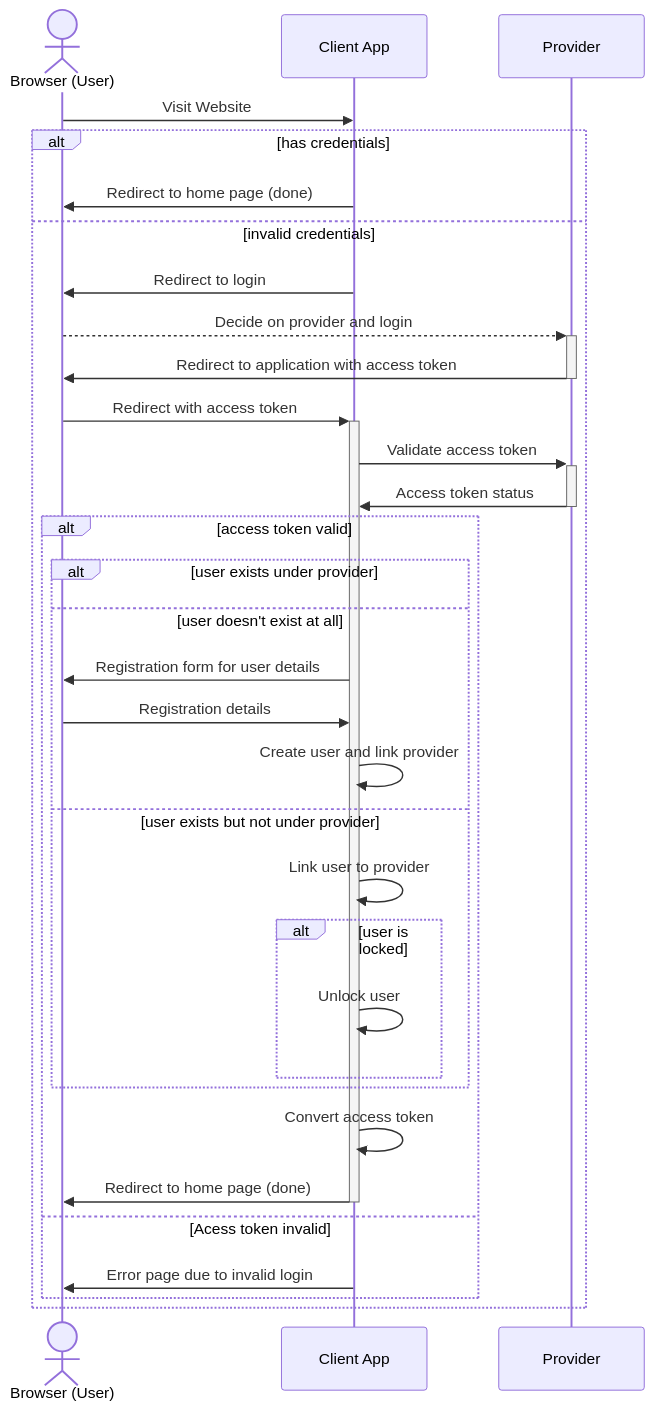
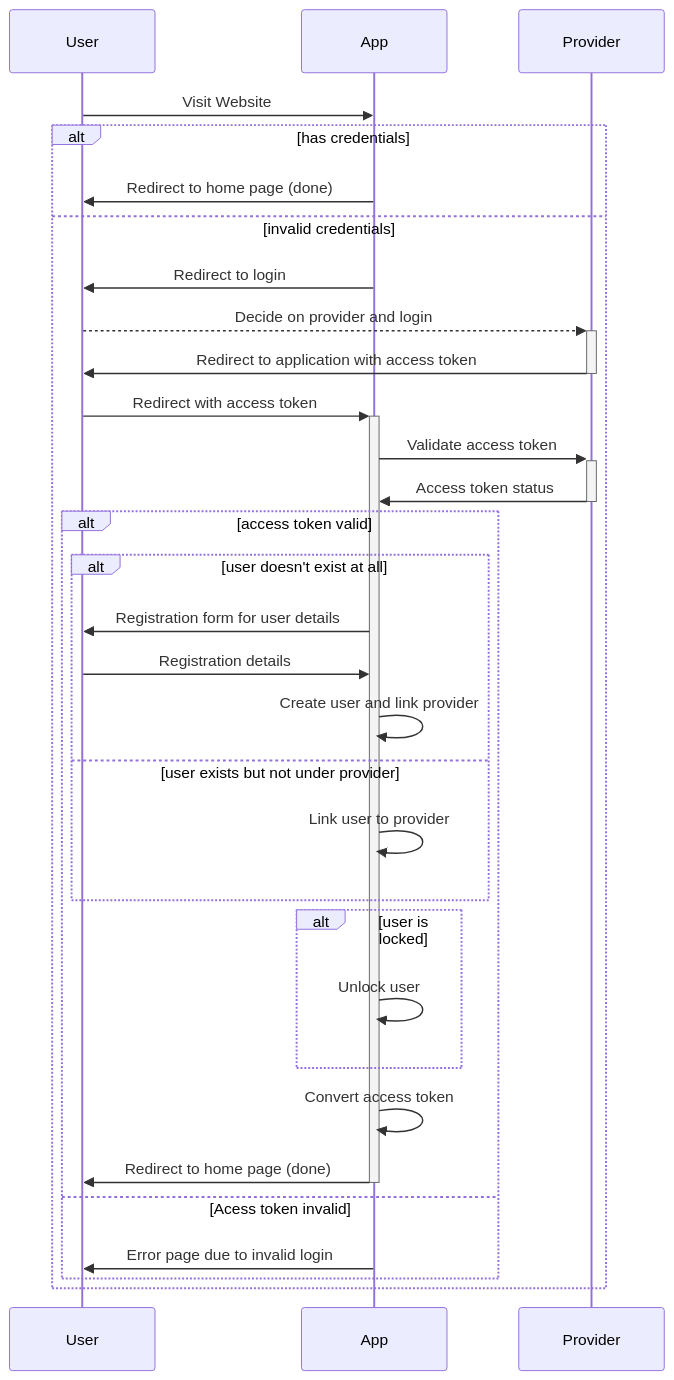
One commit to mikemospan/COMP2511-Tutorial changed the diagram in tute05/FOR_TUTORS.md. Above: the diagram before and after it, drawn with Mermaid.

````diff
--- a/tute05/FOR_TUTORS.md
+++ b/tute05/FOR_TUTORS.md
@@ -43,33 +43,30 @@
 ```mermaid
 sequenceDiagram
-    actor User as Browser (User)
-    participant App as Client App
     User->>App: Visit Website
     alt has credentials
     App->>User: Redirect to home page (done)
     else invalid credentials
     App->>User: Redirect to login
     User-->>+Provider: Decide on provider and login
     Provider->>-User: Redirect to application with access token
     User->>+App: Redirect with access token
     App->>+Provider: Validate access token
     Provider->>-App: Access token status
     alt access token valid
-    alt user exists under provider
-    else user doesn't exist at all
+    alt user doesn't exist at all
     App->>User: Registration form for user details
     User->>App: Registration details
     App->>App: Create user and link provider
     else user exists but not under provider
     App->>App: Link user to provider
+    end
     alt user is locked
     App->>App: Unlock user
-    end
     end
     App->>App: Convert access token
     App->>-User: Redirect to home page (done)
     else Acess token invalid
     App->>User: Error page due to invalid login
     end
     end
 ```
````
